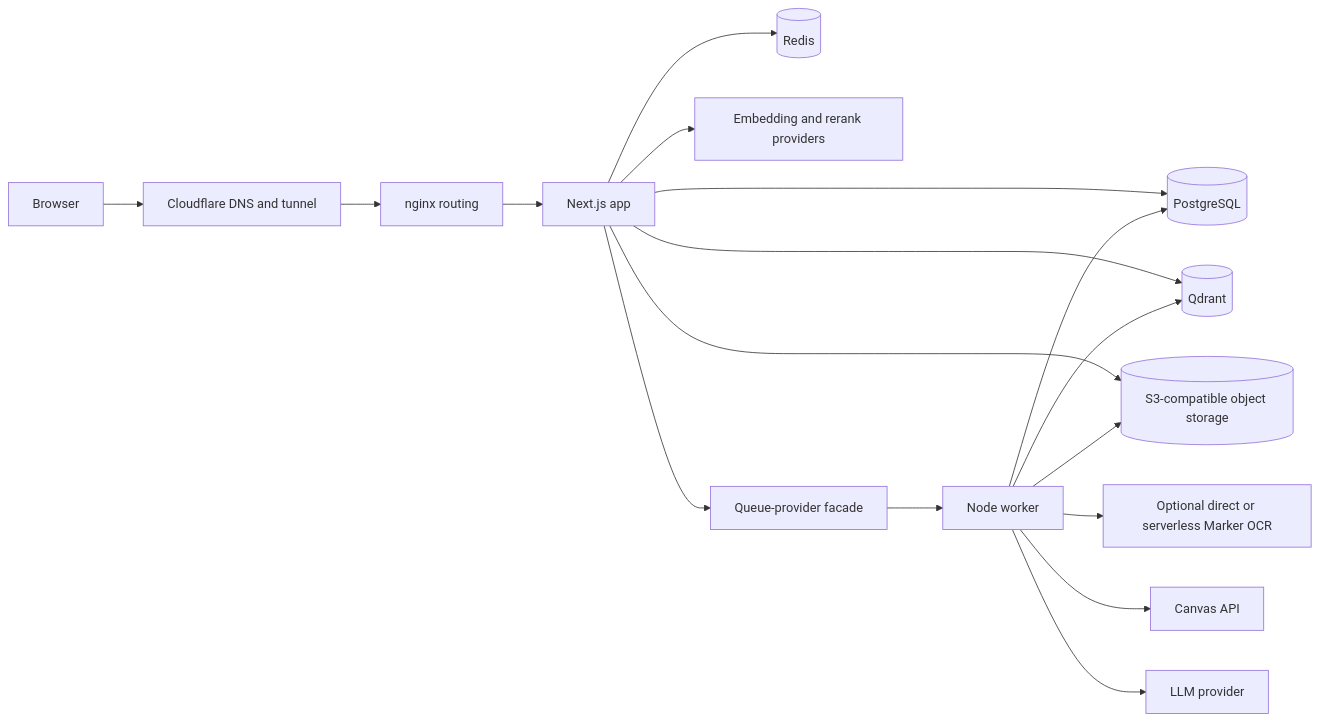
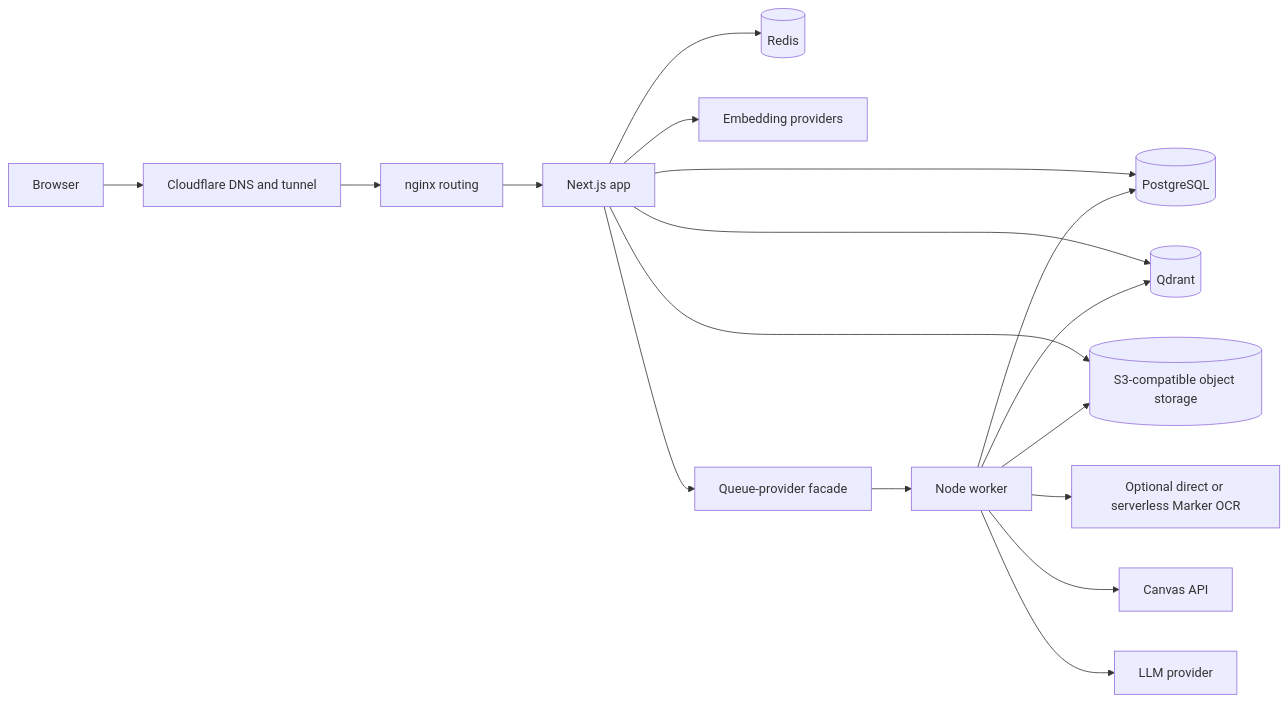
Before and after one commit to semyonfox/oghma: the diagram in docs/engineering/architecture.md, drawn with Mermaid. The commit also changed other lines of this file and 31 other files, not shown here.

````diff
--- a/docs/engineering/architecture.md
+++ b/docs/engineering/architecture.md
@@ -15,21 +15,21 @@
 ```mermaid
 flowchart LR
     Browser --> Edge[Cloudflare DNS and tunnel]
     Edge --> Nginx[nginx routing]
     Nginx --> App[Next.js app]
 
     App --> Postgres[(PostgreSQL)]
     App --> Redis[(Redis)]
     App --> Qdrant[(Qdrant)]
     App --> Objects[(S3-compatible object storage)]
-    App --> AI[Embedding and rerank providers]
+    App --> AI[Embedding providers]
 
     App --> Queue[Queue-provider facade]
     Queue --> Worker[Node worker]
     Worker --> Postgres
     Worker --> Qdrant
     Worker --> Objects
     Worker --> OCR[Optional direct or serverless Marker OCR]
     Worker --> Canvas[Canvas API]
     Worker --> LLM[LLM provider]
 ```
````
